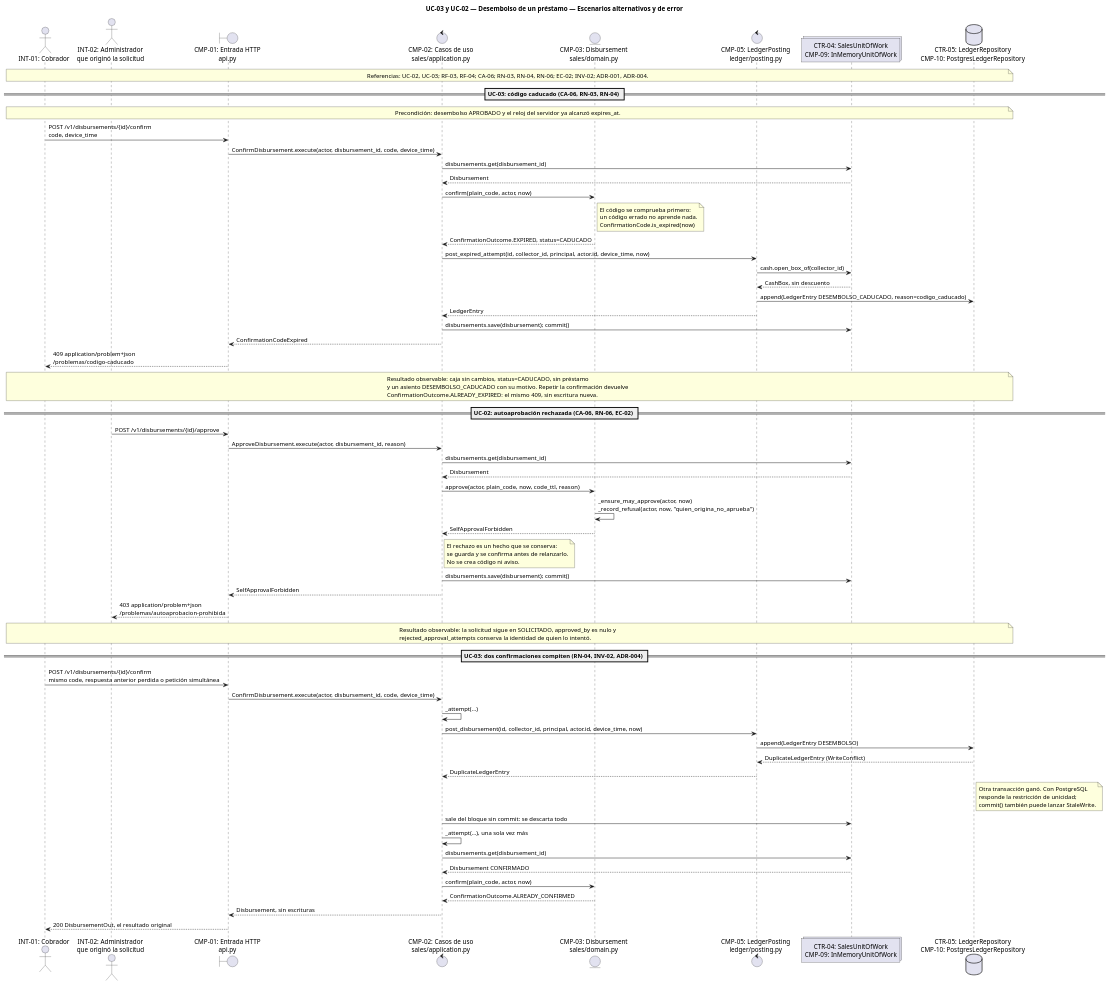
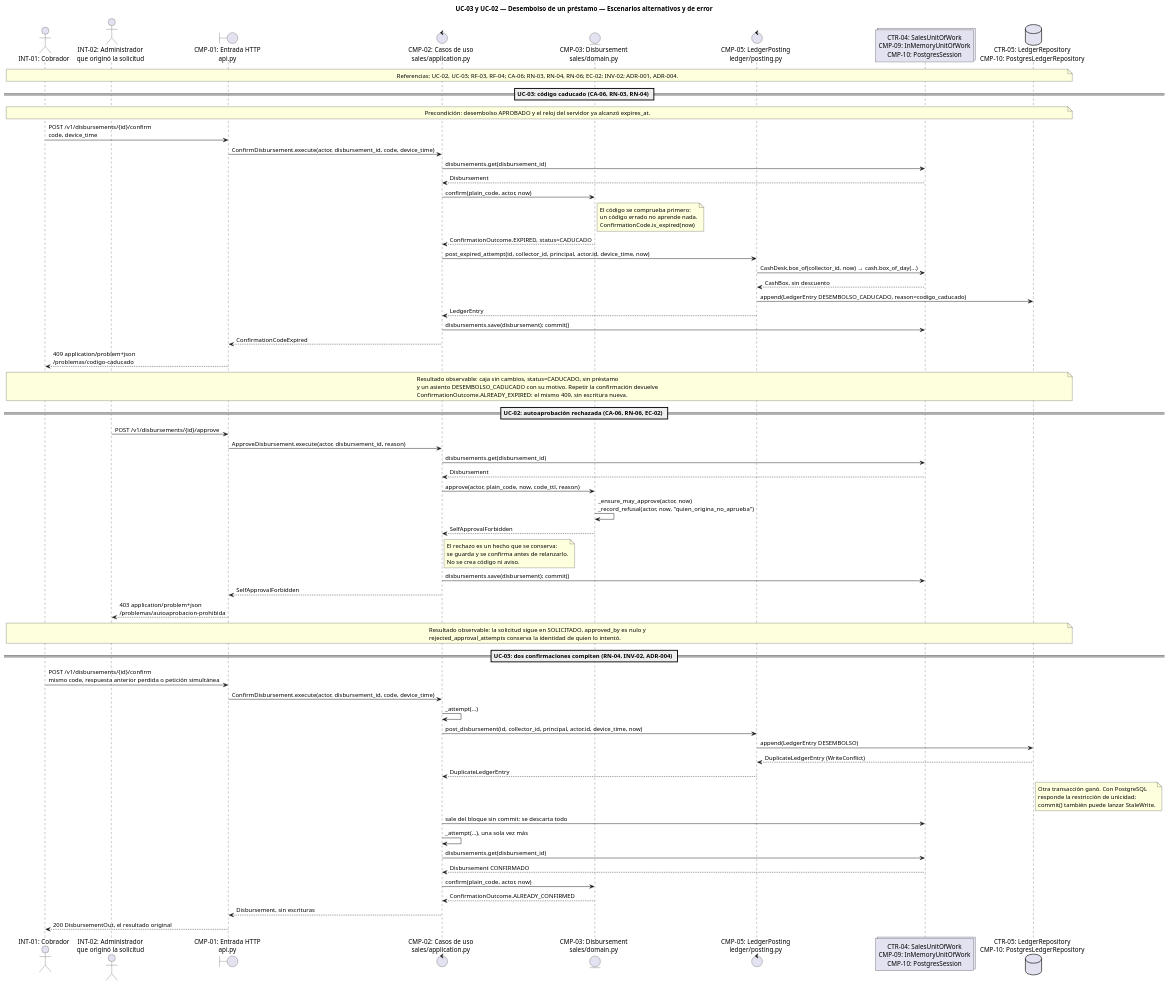
Before and after one commit to Julianlamaravilla/royexa-mvp: the diagram in docs/03-diseno-vertical/diagramas/secuencia-alternativa.puml, drawn with PlantUML. The commit also changed 14 other files, not shown here.

```diff
--- a/docs/03-diseno-vertical/diagramas/secuencia-alternativa.puml
+++ b/docs/03-diseno-vertical/diagramas/secuencia-alternativa.puml
@@ -1,83 +1,83 @@
 @startuml
 title UC-03 y UC-02 — Desembolso de un préstamo — Escenarios alternativos y de error
 
 actor "INT-01: Cobrador" as Cobrador
 actor "INT-02: Administrador\nque originó la solicitud" as Admin
 boundary "CMP-01: Entrada HTTP\napi.py" as Entrada
 control "CMP-02: Casos de uso\nsales/application.py" as CasoUso
 entity "CMP-03: Disbursement\nsales/domain.py" as Dominio
 control "CMP-05: LedgerPosting\nledger/posting.py" as Posting
-collections "CTR-04: SalesUnitOfWork\nCMP-09: InMemoryUnitOfWork" as UoW
+collections "CTR-04: SalesUnitOfWork\nCMP-09: InMemoryUnitOfWork\nCMP-10: PostgresSession" as UoW
 database "CTR-05: LedgerRepository\nCMP-10: PostgresLedgerRepository" as Libro
 
 note over Cobrador, Libro
 Referencias: UC-02, UC-03; RF-03, RF-04; CA-06; RN-03, RN-04, RN-06; EC-02; INV-02; ADR-001, ADR-004.
 end note
 
 == UC-03: código caducado (CA-06, RN-03, RN-04) ==
 
 note over Cobrador, Libro
 Precondición: desembolso APROBADO y el reloj del servidor ya alcanzó expires_at.
 end note
 
 Cobrador -> Entrada: POST /v1/disbursements/{id}/confirm\ncode, device_time
 Entrada -> CasoUso: ConfirmDisbursement.execute(actor, disbursement_id, code, device_time)
 CasoUso -> UoW: disbursements.get(disbursement_id)
 UoW --> CasoUso: Disbursement
 CasoUso -> Dominio: confirm(plain_code, actor, now)
 note right of Dominio: El código se comprueba primero:\nun código errado no aprende nada.\nConfirmationCode.is_expired(now)
 Dominio --> CasoUso: ConfirmationOutcome.EXPIRED, status=CADUCADO
 CasoUso -> Posting: post_expired_attempt(id, collector_id, principal, actor.id, device_time, now)
-Posting -> UoW: cash.open_box_of(collector_id)
+Posting -> UoW: CashDesk.box_of(collector_id, now) → cash.box_of_day(...)
 UoW --> Posting: CashBox, sin descuento
 Posting -> Libro: append(LedgerEntry DESEMBOLSO_CADUCADO, reason=codigo_caducado)
 Posting --> CasoUso: LedgerEntry
 CasoUso -> UoW: disbursements.save(disbursement); commit()
 CasoUso --> Entrada: ConfirmationCodeExpired
 Entrada --> Cobrador: 409 application/problem+json\n/problemas/codigo-caducado
 
 note over Cobrador, Libro
 Resultado observable: caja sin cambios, status=CADUCADO, sin préstamo
 y un asiento DESEMBOLSO_CADUCADO con su motivo. Repetir la confirmación devuelve
 ConfirmationOutcome.ALREADY_EXPIRED: el mismo 409, sin escritura nueva.
 end note
 
 == UC-02: autoaprobación rechazada (CA-06, RN-06, EC-02) ==
 
 Admin -> Entrada: POST /v1/disbursements/{id}/approve
 Entrada -> CasoUso: ApproveDisbursement.execute(actor, disbursement_id, reason)
 CasoUso -> UoW: disbursements.get(disbursement_id)
 UoW --> CasoUso: Disbursement
 CasoUso -> Dominio: approve(actor, plain_code, now, code_ttl, reason)
 Dominio -> Dominio: _ensure_may_approve(actor, now)\n_record_refusal(actor, now, "quien_origina_no_aprueba")
 Dominio --> CasoUso: SelfApprovalForbidden
 note right of CasoUso: El rechazo es un hecho que se conserva:\nse guarda y se confirma antes de relanzarlo.\nNo se crea código ni aviso.
 CasoUso -> UoW: disbursements.save(disbursement); commit()
 CasoUso --> Entrada: SelfApprovalForbidden
 Entrada --> Admin: 403 application/problem+json\n/problemas/autoaprobacion-prohibida
 
 note over Cobrador, Libro
 Resultado observable: la solicitud sigue en SOLICITADO, approved_by es nulo y
 rejected_approval_attempts conserva la identidad de quien lo intentó.
 end note
 
 == UC-03: dos confirmaciones compiten (RN-04, INV-02, ADR-004) ==
 
 Cobrador -> Entrada: POST /v1/disbursements/{id}/confirm\nmismo code, respuesta anterior perdida o petición simultánea
 Entrada -> CasoUso: ConfirmDisbursement.execute(actor, disbursement_id, code, device_time)
 CasoUso -> CasoUso: _attempt(...)
 CasoUso -> Posting: post_disbursement(id, collector_id, principal, actor.id, device_time, now)
 Posting -> Libro: append(LedgerEntry DESEMBOLSO)
 Libro --> Posting: DuplicateLedgerEntry (WriteConflict)
 Posting --> CasoUso: DuplicateLedgerEntry
 note right of Libro: Otra transacción ganó. Con PostgreSQL\nresponde la restricción de unicidad;\ncommit() también puede lanzar StaleWrite.
 CasoUso -> UoW: sale del bloque sin commit: se descarta todo
 CasoUso -> CasoUso: _attempt(...), una sola vez más
 CasoUso -> UoW: disbursements.get(disbursement_id)
 UoW --> CasoUso: Disbursement CONFIRMADO
 CasoUso -> Dominio: confirm(plain_code, actor, now)
 Dominio --> CasoUso: ConfirmationOutcome.ALREADY_CONFIRMED
 CasoUso --> Entrada: Disbursement, sin escrituras
 Entrada --> Cobrador: 200 DisbursementOut, el resultado original
 
 @enduml
```
